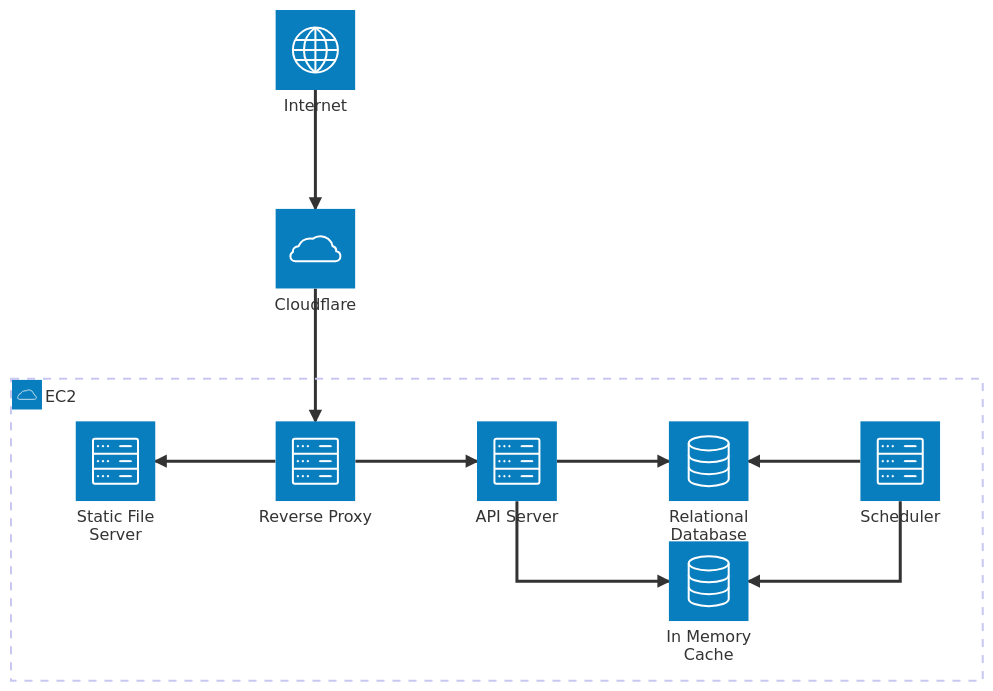
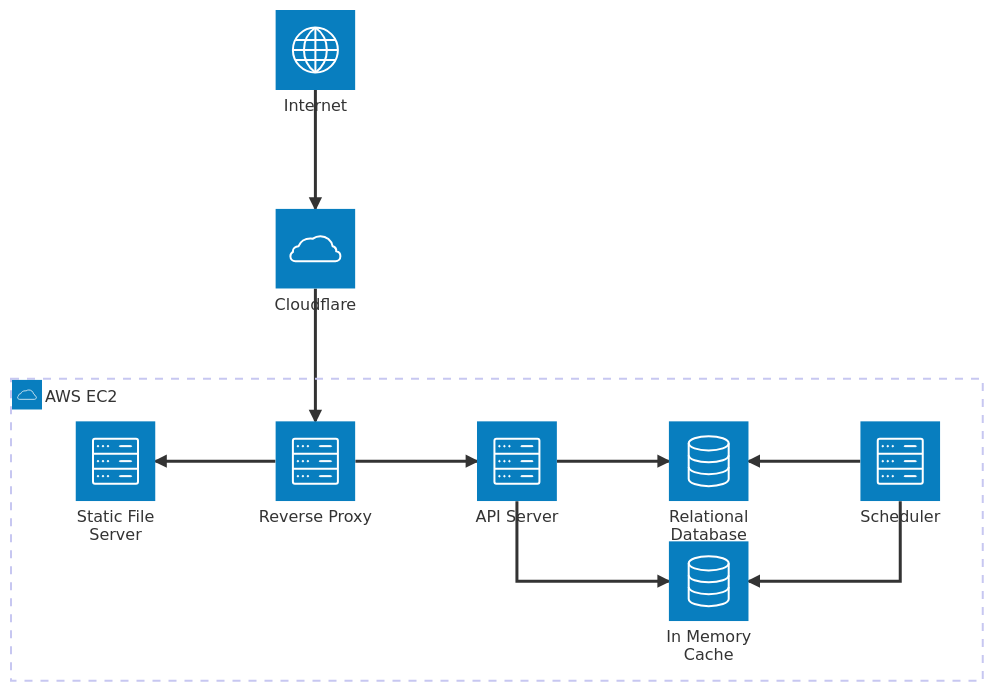
The second of 3 diagrams in README.md (bingyangchen/taigu), drawn with Mermaid before and after one commit. The commit also changed other lines of this file, not shown here.

Commit message:
Update README to reflect architecture changes, replacing 'EC2' with 'AWS EC2' and adjusting service groups to use 'localhost' for local development context.

````diff
--- a/README.md
+++ b/README.md
@@ -37,21 +37,21 @@
 ```mermaid
 architecture-beta
-    group ec2(cloud)[EC2]
+    group ec2(cloud)[AWS EC2]
     service db(database)[Relational Database] in ec2
     service in_mem_cache(database)[In Memory Cache] in ec2
     service api_server(server)[API Server] in ec2
     service frontend(server)[Static File Server] in ec2
     service reverse_proxy(server)[Reverse Proxy] in ec2
     service scheduler(server)[Scheduler] in ec2
     service internet(internet)[Internet]
     service cloudflare(cloud)[Cloudflare]
 
     internet:B --> T:cloudflare
     cloudflare:B --> T:reverse_proxy
     reverse_proxy:R --> L:api_server
     reverse_proxy:L --> R:frontend
     api_server:R --> L:db
     api_server:B --> L:in_mem_cache
     scheduler:L --> R:db
     scheduler:B --> R:in_mem_cache
 ```
````
